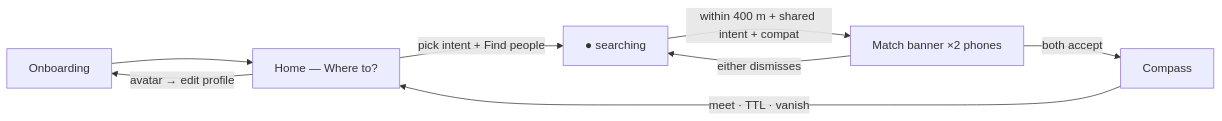
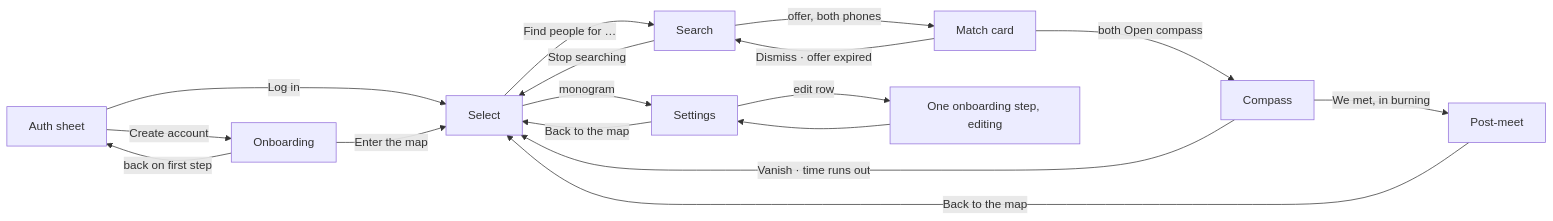
One commit to uteg-labs/just-mate changed the first of 2 diagrams in docs/STRUCTURE.md. Above: the diagram before and after it, drawn with Mermaid. The commit also changed other lines of this file and 49 other files, not shown here.

````diff
--- a/docs/STRUCTURE.md
+++ b/docs/STRUCTURE.md
@@ -9,10 +24,19 @@
 ```mermaid
 flowchart LR
-    O[Onboarding] --> H[Home — Where to?]
-    H -->|pick intent + Find people| S[● searching]
-    S -->|within 400 m + shared intent + compat| M[Match banner ×2 phones]
-    M -->|both accept| C[Compass]
-    M -->|either dismisses| S
-    C -->|meet · TTL · vanish| H
-    H -->|avatar → edit profile| O
+    A[Auth sheet] -->|Log in| SEL[Select]
+    A -->|Create account| OB[Onboarding]
+    OB -->|back on first step| A
+    OB -->|Enter the map| SEL
+    SEL -->|Find people for …| SR[Search]
+    SR -->|Stop searching| SEL
+    SR -->|offer, both phones| M[Match card]
+    M -->|Dismiss · offer expired| SR
+    M -->|both Open compass| C[Compass]
+    C -->|Vanish · time runs out| SEL
+    C -->|We met, in burning| P[Post-meet]
+    P -->|Back to the map| SEL
+    SEL -->|monogram| ST[Settings]
+    ST -->|edit row| OB1[One onboarding step, editing]
+    OB1 --> ST
+    ST -->|Back to the map| SEL
 ```
````
